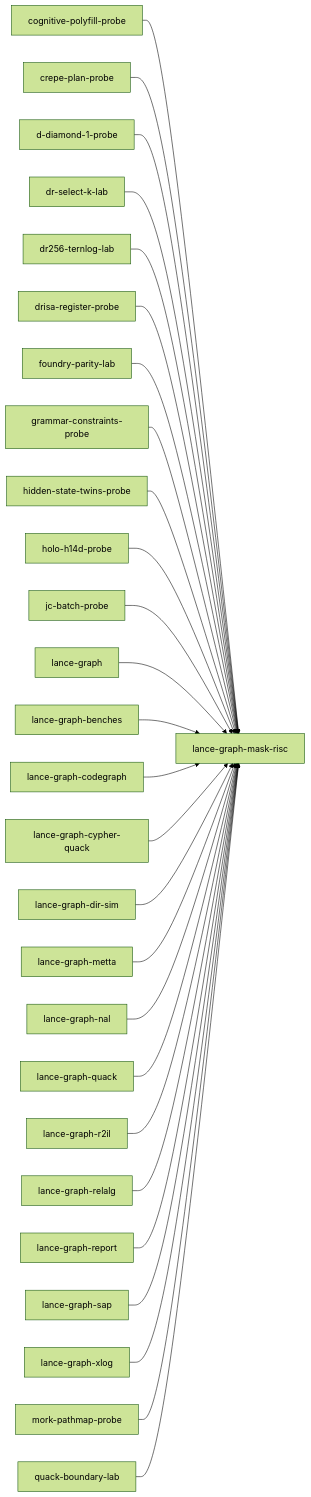
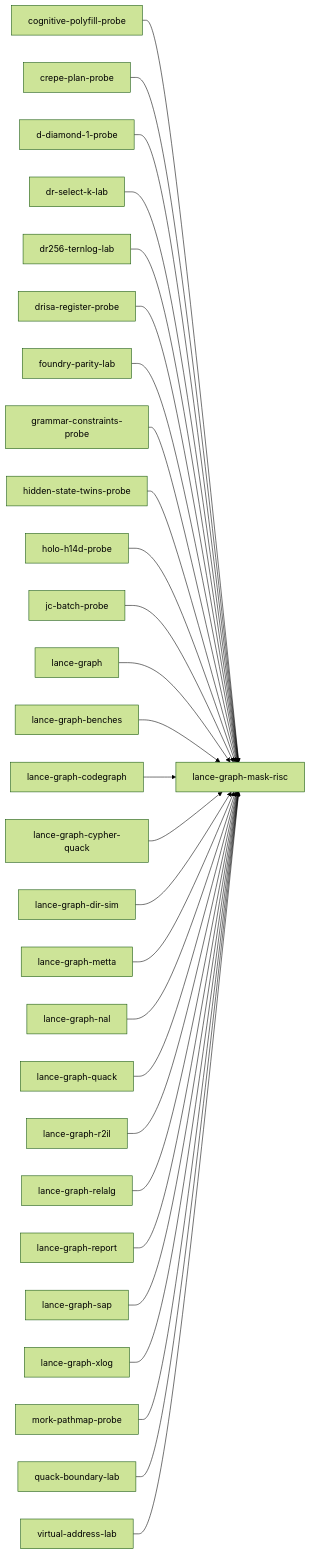
The diagram in .codegraph/crates/lance-graph-mask-risc.index.md (AdaWorldAPI/lance-graph), drawn with Mermaid (forest theme) before and after one commit. The commit also changed other lines of this file and 24 other files, not shown here.

First line of the commit message:
chore(codegraph): regenerate for crates/virtual-address-lab

````diff
--- a/.codegraph/crates/lance-graph-mask-risc.index.md
+++ b/.codegraph/crates/lance-graph-mask-risc.index.md
@@ -188,56 +189,58 @@
 ```mermaid
 flowchart LR
   n6["cognitive-polyfill-probe"]
   n9["crepe-plan-probe"]
   n10["d-diamond-1-probe"]
   n14["dr-select-k-lab"]
   n15["dr256-ternlog-lab"]
   n17["drisa-register-probe"]
   n23["foundry-parity-lab"]
   n25["grammar-constraints-probe"]
   n27["hidden-state-twins-probe"]
   n29["holo-h14d-probe"]
   n33["jc-batch-probe"]
   n34["lance-graph"]
   n38["lance-graph-benches"]
   n42["lance-graph-codegraph"]
   n46["lance-graph-cypher-quack"]
   n47["lance-graph-dir-sim"]
   n53["lance-graph-mask-risc"]
   n54["lance-graph-metta"]
   n55["lance-graph-nal"]
   n63["lance-graph-quack"]
   n64["lance-graph-r2il"]
   n66["lance-graph-relalg"]
   n67["lance-graph-report"]
   n69["lance-graph-sap"]
   n72["lance-graph-xlog"]
   n74["mork-pathmap-probe"]
   n81["quack-boundary-lab"]
+  n97["virtual-address-lab"]
   n6 --> n53
   n9 --> n53
   n10 --> n53
   n14 --> n53
   n15 --> n53
   n17 --> n53
   n23 --> n53
   n25 --> n53
   n27 --> n53
   n29 --> n53
   n33 --> n53
   n34 --> n53
   n38 --> n53
   n42 --> n53
   n46 --> n53
   n47 --> n53
   n54 --> n53
   n55 --> n53
   n63 --> n53
   n64 --> n53
   n66 --> n53
   n67 --> n53
   n69 --> n53
   n72 --> n53
   n74 --> n53
   n81 --> n53
+  n97 --> n53
 ```
````
